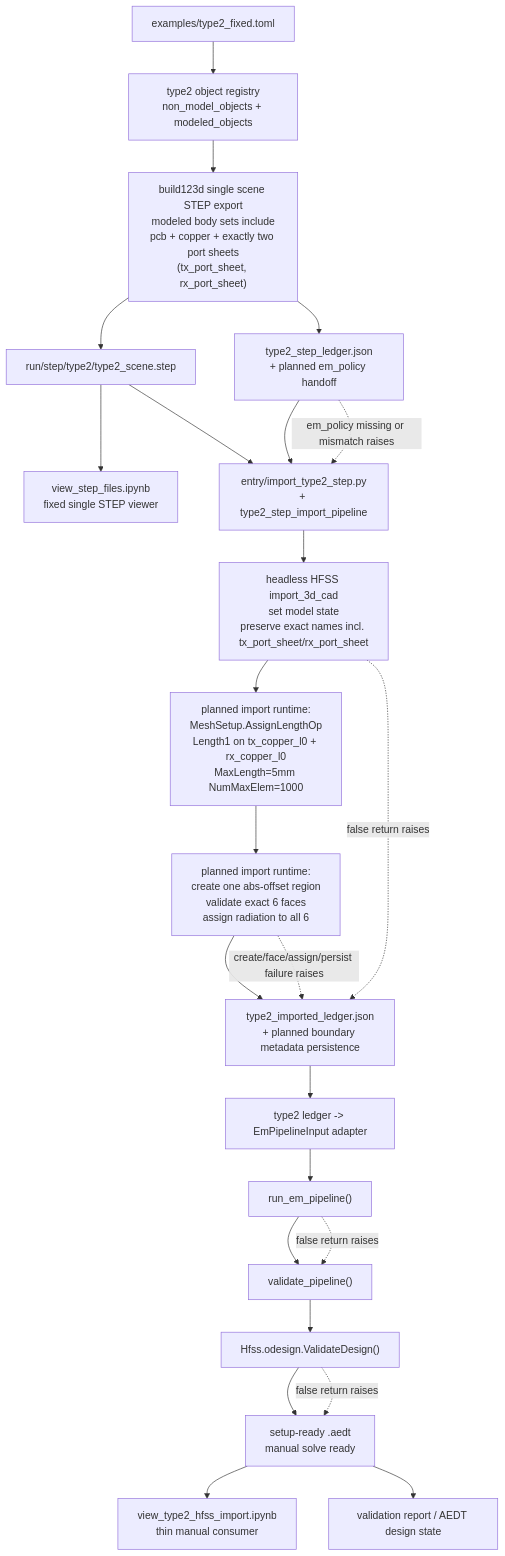
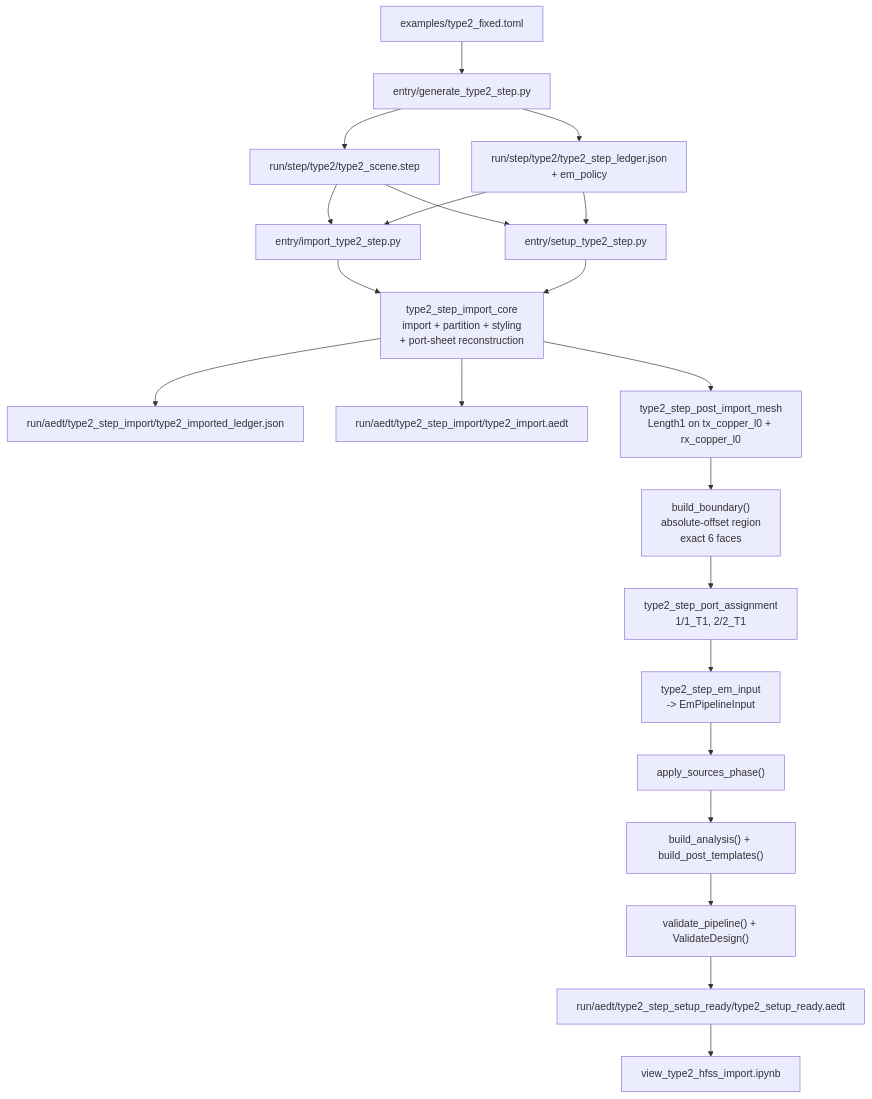
The diagram in sdd/diagrams/type2-step-to-em-validate-flow.md (Glaysia/peetsfea), drawn with Mermaid before and after one commit. The commit also changed other lines of this file and 21 other files, not shown here.

Commit message:
feat: add type2 setup-ready runtime entry

````diff
--- a/sdd/diagrams/type2-step-to-em-validate-flow.md
+++ b/sdd/diagrams/type2-step-to-em-validate-flow.md
@@ -15,46 +13,43 @@
 ```mermaid
 flowchart TD
     Type2Toml["examples/type2_fixed.toml"]
-    Registry["type2 object registry\nnon_model_objects + modeled_objects"]
-    Export["build123d single scene STEP export\nmodeled body sets include\npcb + copper + exactly two port sheets\n(tx_port_sheet, rx_port_sheet)"]
+    Export["entry/generate_type2_step.py"]
     StepScene["run/step/type2/type2_scene.step"]
-    StepLedger["type2_step_ledger.json\n+ planned em_policy handoff"]
-    StepViewer["view_step_files.ipynb\nfixed single STEP viewer"]
-    ImportRuntime["entry/import_type2_step.py\n+ type2_step_import_pipeline"]
-    Import["headless HFSS import_3d_cad\nset model state\npreserve exact names incl. tx_port_sheet/rx_port_sheet"]
-    Mesh["planned import runtime:\nMeshSetup.AssignLengthOp\nLength1 on tx_copper_l0 + rx_copper_l0\nMaxLength=5mm NumMaxElem=1000"]
-    Boundary["planned import runtime:\ncreate one abs-offset region\nvalidate exact 6 faces\nassign radiation to all 6"]
-    ImportLedger["type2_imported_ledger.json\n+ planned boundary metadata persistence"]
-    Adapter["type2 ledger -> EmPipelineInput adapter"]
-    EM["run_em_pipeline()"]
-    RepoValidate["validate_pipeline()"]
-    AedtValidate["Hfss.odesign.ValidateDesign()"]
-    SetupReady["setup-ready .aedt\nmanual solve ready"]
-    ImportNotebook["view_type2_hfss_import.ipynb\nthin manual consumer"]
-    Result["validation report / AEDT design state"]
+    StepLedger["run/step/type2/type2_step_ledger.json\n+ em_policy"]
+    ImportEntry["entry/import_type2_step.py"]
+    ImportCore["type2_step_import_core\nimport + partition + styling\n+ port-sheet reconstruction"]
+    ImportLedger["run/aedt/type2_step_import/type2_imported_ledger.json"]
+    ImportAedt["run/aedt/type2_step_import/type2_import.aedt"]
+    SetupEntry["entry/setup_type2_step.py"]
+    Mesh["type2_step_post_import_mesh\nLength1 on tx_copper_l0 + rx_copper_l0"]
+    Boundary["build_boundary()\nabsolute-offset region\nexact 6 faces"]
+    Ports["type2_step_port_assignment\n1/1_T1, 2/2_T1"]
+    Adapter["type2_step_em_input\n-> EmPipelineInput"]
+    Source["apply_sources_phase()"]
+    Analysis["build_analysis() + build_post_templates()"]
+    Validate["validate_pipeline() + ValidateDesign()"]
+    SetupAedt["run/aedt/type2_step_setup_ready/type2_setup_ready.aedt"]
+    Notebook["view_type2_hfss_import.ipynb"]
 
-    Type2Toml --> Registry
-    Registry --> Export
+    Type2Toml --> Export
     Export --> StepScene
     Export --> StepLedger
-    StepScene --> StepViewer
-    StepLedger --> ImportRuntime
-    StepScene --> ImportRuntime
-    ImportRuntime --> Import
-    Import --> Mesh
+    StepScene --> ImportEntry
+    StepLedger --> ImportEntry
+    ImportEntry --> ImportCore
+    ImportCore --> ImportLedger
+    ImportCore --> ImportAedt
+
+    StepScene --> SetupEntry
+    StepLedger --> SetupEntry
+    SetupEntry --> ImportCore
+    ImportCore --> Mesh
     Mesh --> Boundary
-    Boundary --> ImportLedger
-    ImportLedger --> Adapter
-    Adapter --> EM
-    EM --> RepoValidate
-    RepoValidate --> AedtValidate
-    AedtValidate --> SetupReady
-    SetupReady --> ImportNotebook
-    SetupReady --> Result
-
-    StepLedger -. em_policy missing or mismatch raises .-> ImportRuntime
-    Boundary -. create/face/assign/persist failure raises .-> ImportLedger
-    Import -. false return raises .-> ImportLedger
-    EM -. false return raises .-> RepoValidate
-    AedtValidate -. false return raises .-> SetupReady
+    Boundary --> Ports
+    Ports --> Adapter
+    Adapter --> Source
+    Source --> Analysis
+    Analysis --> Validate
+    Validate --> SetupAedt
+    SetupAedt --> Notebook
 ```
````
